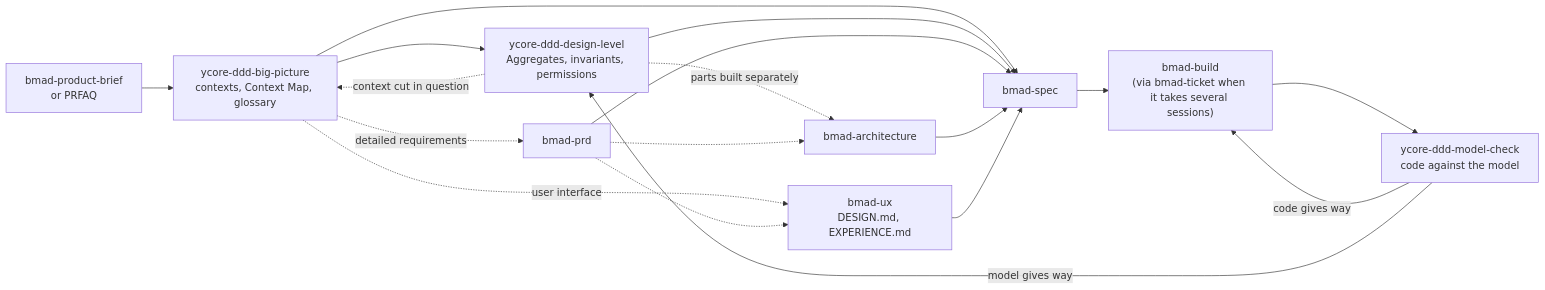
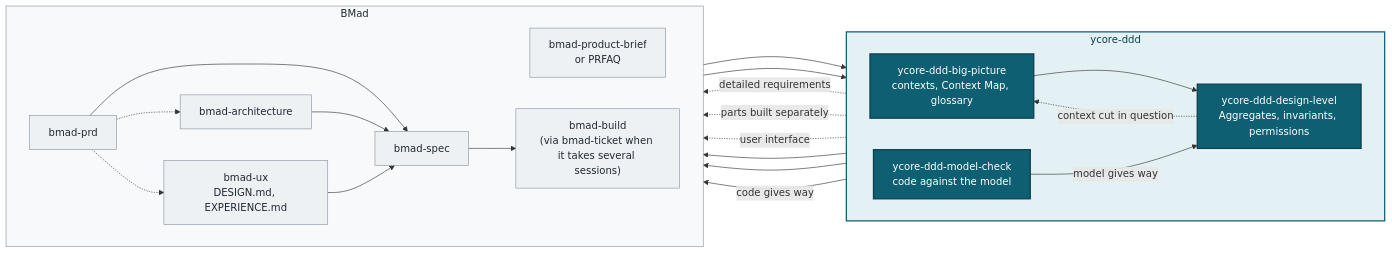
Before and after one commit to y-core-engineering/bmad-ddd-module: the diagram in docs/diagrams/bmad-flow.mmd, drawn with Mermaid. The commit also changed 3 other files, not shown here.

First line of the commit message:
docs(readme): show BMad and ycore-ddd steps in two swimlanes

```diff
--- a/docs/diagrams/bmad-flow.mmd
+++ b/docs/diagrams/bmad-flow.mmd
@@ -1,18 +1,42 @@
 flowchart LR
-    brief["bmad-product-brief<br/>or PRFAQ"] --> bp["ycore-ddd-big-picture<br/>contexts, Context Map, glossary"]
-    bp --> dl["ycore-ddd-design-level<br/>Aggregates, invariants, permissions"]
-    bp -. "detailed requirements" .-> prd["bmad-prd"]
-    dl -. "parts built separately" .-> arch["bmad-architecture"]
+    subgraph ycore["ycore-ddd"]
+        direction LR
+        bp["ycore-ddd-big-picture<br/>contexts, Context Map, glossary"]
+        dl["ycore-ddd-design-level<br/>Aggregates, invariants, permissions"]
+        mc["ycore-ddd-model-check<br/>code against the model"]
+    end
+
+    subgraph bmad["BMad"]
+        direction LR
+        brief["bmad-product-brief<br/>or PRFAQ"]
+        prd["bmad-prd"]
+        ux["bmad-ux<br/>DESIGN.md, EXPERIENCE.md"]
+        arch["bmad-architecture"]
+        spec["bmad-spec"]
+        build["bmad-build<br/>(via bmad-ticket when it takes several sessions)"]
+    end
+
+    brief --> bp
+    bp --> dl
+    bp -. "detailed requirements" .-> prd
+    dl -. "parts built separately" .-> arch
     prd -.-> arch
-    bp -. "user interface" .-> ux["bmad-ux<br/>DESIGN.md, EXPERIENCE.md"]
+    bp -. "user interface" .-> ux
     prd -.-> ux
-    bp --> spec["bmad-spec"]
+    bp --> spec
     dl --> spec
     prd --> spec
     arch --> spec
     ux --> spec
-    spec --> build["bmad-build<br/>(via bmad-ticket when it takes several sessions)"]
-    build --> mc["ycore-ddd-model-check<br/>code against the model"]
+    spec --> build
+    build --> mc
     mc -- "code gives way" --> build
     mc -- "model gives way" --> dl
     dl -. "context cut in question" .-> bp
+
+    classDef ycoreNode fill:#0f5f73,stroke:#0a3f4d,color:#ffffff,stroke-width:2px
+    classDef bmadNode fill:#eef1f4,stroke:#8a96a3,color:#1f2933
+    class bp,dl,mc ycoreNode
+    class brief,prd,ux,arch,spec,build bmadNode
+    style ycore fill:#e3f1f4,stroke:#0f5f73,stroke-width:2px,color:#0a3f4d
+    style bmad fill:#f8f9fa,stroke:#8a96a3,stroke-width:1px,color:#1f2933
```
